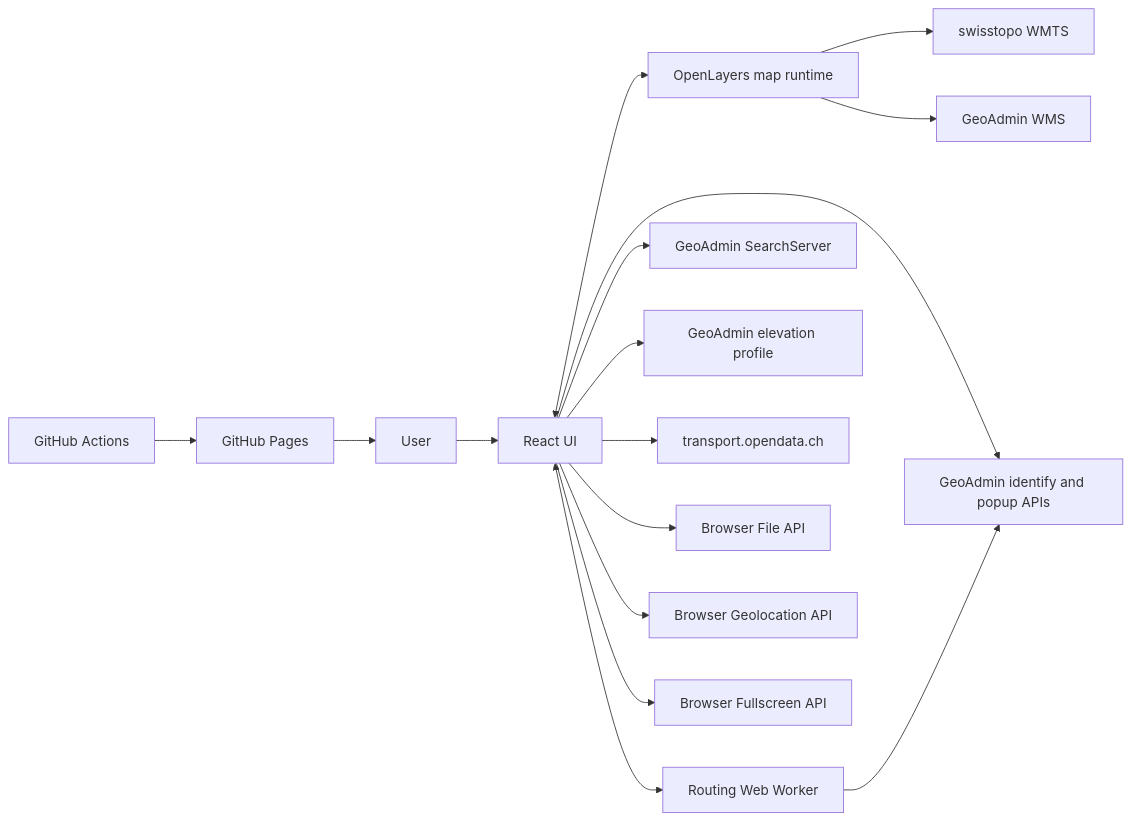
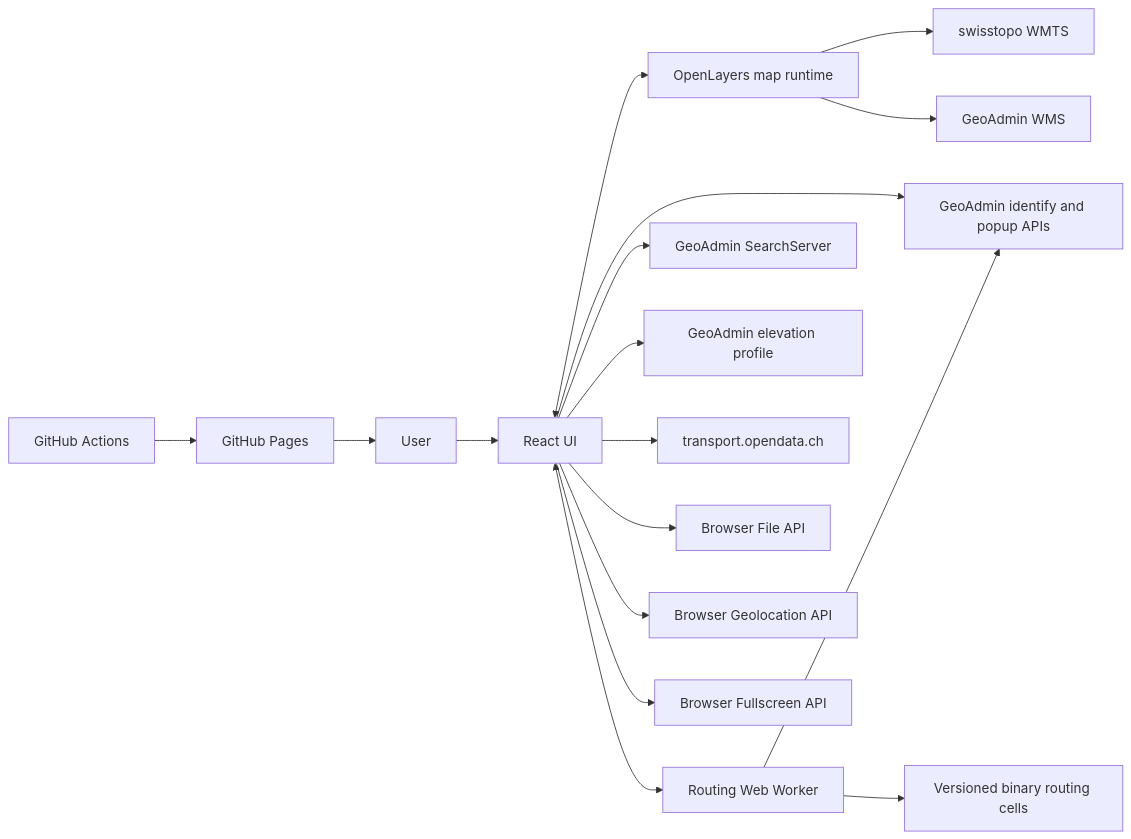
One commit to egofree71/via-helvetica changed the first of 5 diagrams in docs/ARCHITECTURE.md. Above: the diagram before and after it, drawn with Mermaid. The commit also changed other lines of this file and 55 other files, not shown here.

First line of the commit message:
Release 1.2: precomputed routing data and improved elevation profile (#4)

````diff
--- a/docs/ARCHITECTURE.md
+++ b/docs/ARCHITECTURE.md
@@ -108,21 +124,22 @@
 ```mermaid
 flowchart LR
     User[User] --> UI[React UI]
     UI <--> Map[OpenLayers map runtime]
     UI <--> Worker[Routing Web Worker]
 
     Map --> WMTS[swisstopo WMTS]
     Map --> WMS[GeoAdmin WMS]
     UI --> Search[GeoAdmin SearchServer]
     UI --> Identify[GeoAdmin identify and popup APIs]
     UI --> Elevation[GeoAdmin elevation profile]
     UI --> Timetable[transport.opendata.ch]
     Worker --> Identify
+    Worker --> RoutingData[Versioned binary routing cells]
 
     UI --> FileAPI[Browser File API]
     UI --> Geolocation[Browser Geolocation API]
     UI --> Fullscreen[Browser Fullscreen API]
 
     Build[GitHub Actions] --> Pages[GitHub Pages]
     Pages --> User
 ```
````
